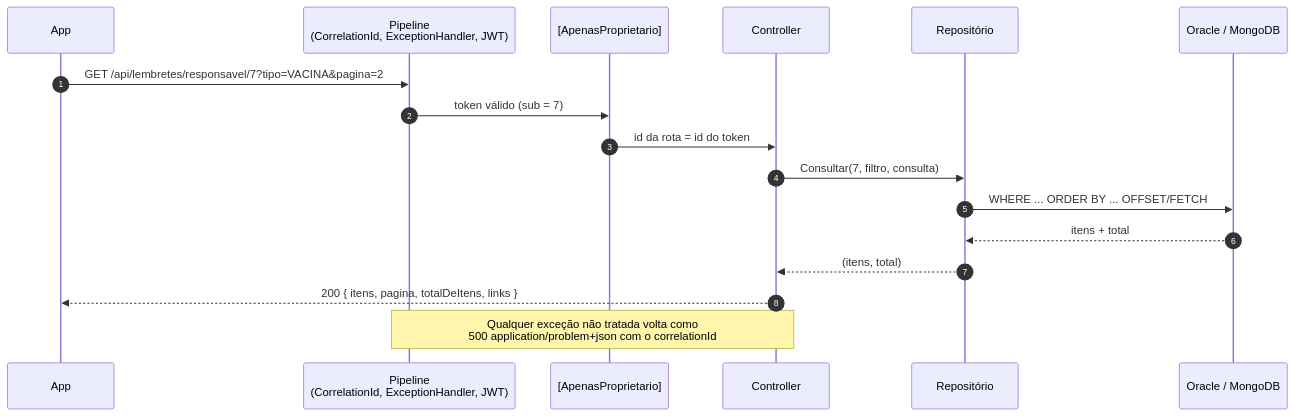
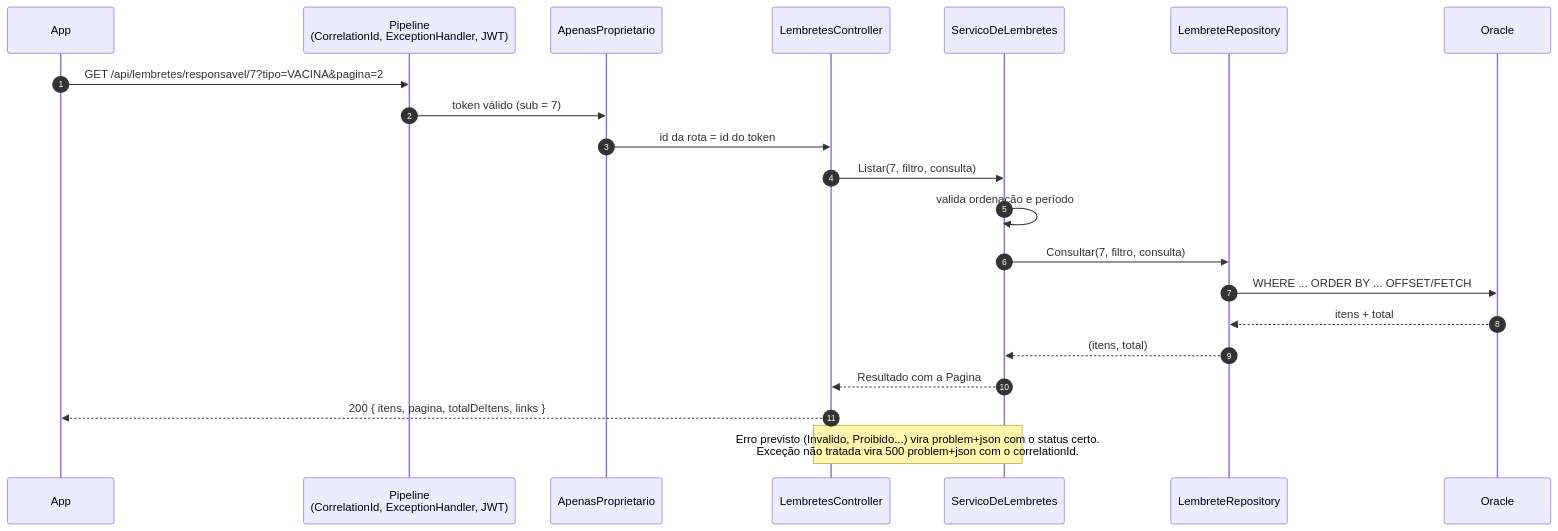
Before and after one commit to vitalis-sa/pethub-dotnet: the third of 4 diagrams in README.md, drawn with Mermaid. The commit also changed other lines of this file and 183 other files, not shown here.

````diff
--- a/README.md
+++ b/README.md
@@ -129,20 +188,24 @@
 ```mermaid
 sequenceDiagram
     autonumber
     participant App as App
     participant P as Pipeline<br/>(CorrelationId, ExceptionHandler, JWT)
-    participant F as [ApenasProprietario]
-    participant C as Controller
-    participant R as Repositório
-    participant DB as Oracle / MongoDB
+    participant F as ApenasProprietario
+    participant C as LembretesController
+    participant S as ServicoDeLembretes
+    participant R as LembreteRepository
+    participant DB as Oracle
 
     App->>P: GET /api/lembretes/responsavel/7?tipo=VACINA&pagina=2
     P->>F: token válido (sub = 7)
     F->>C: id da rota = id do token
-    C->>R: Consultar(7, filtro, consulta)
+    C->>S: Listar(7, filtro, consulta)
+    S->>S: valida ordenação e período
+    S->>R: Consultar(7, filtro, consulta)
     R->>DB: WHERE ... ORDER BY ... OFFSET/FETCH
     DB-->>R: itens + total
-    R-->>C: (itens, total)
+    R-->>S: (itens, total)
+    S-->>C: Resultado com a Pagina
     C-->>App: 200 { itens, pagina, totalDeItens, links }
-    Note over P,C: Qualquer exceção não tratada volta como<br/>500 application/problem+json com o correlationId
+    Note over S,C: Erro previsto (Invalido, Proibido...) vira problem+json com o status certo.<br/>Exceção não tratada vira 500 problem+json com o correlationId.
 ```
````
